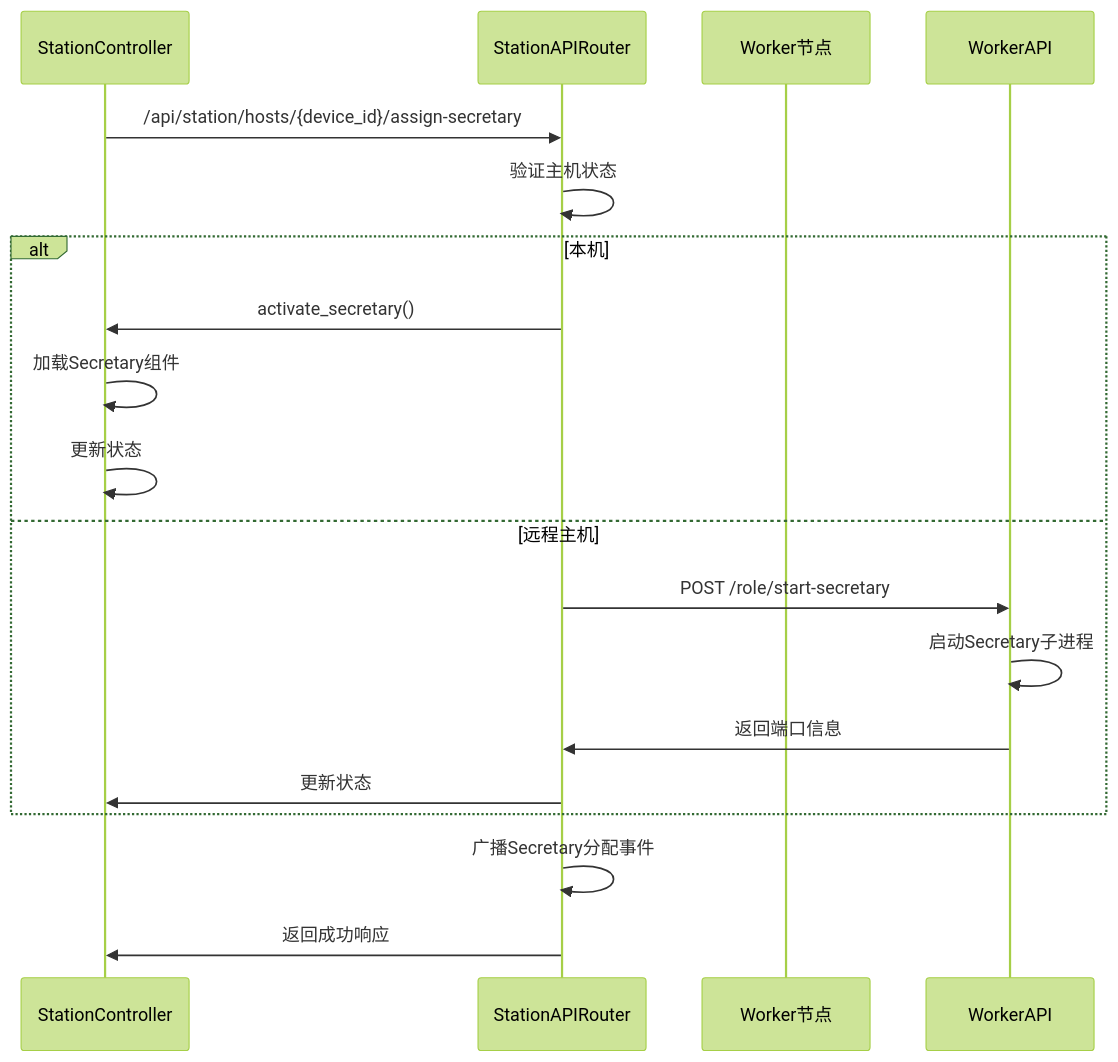
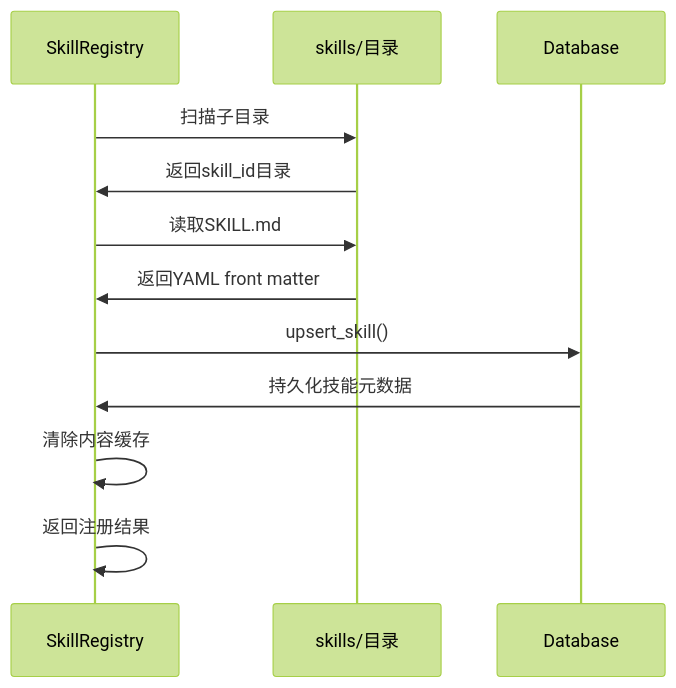
Before and after one commit to targalian/Personal-distributed-workstation: the eighth of 16 diagrams in .qoder/repowiki/zh/content/核心模块/工作站管理模块.md, drawn with Mermaid (forest theme). The commit also changed other lines of this file and 92 other files, not shown here.

````diff
--- a/.qoder/repowiki/zh/content/核心模块/工作站管理模块.md
+++ b/.qoder/repowiki/zh/content/核心模块/工作站管理模块.md
@@ -409,21 +473,14 @@
 ```mermaid
 sequenceDiagram
-participant SC as StationController
-participant SA as StationAPIRouter
-participant W as Worker节点
-participant WS as WorkerAPI
-SC->>SA : /api/station/hosts/{device_id}/assign-secretary
-SA->>SA : 验证主机状态
-alt 本机
-SA->>SC : activate_secretary()
-SC->>SC : 加载Secretary组件
-SC->>SC : 更新状态
-else 远程主机
-SA->>WS : POST /role/start-secretary
-WS->>WS : 启动Secretary子进程
-WS->>SA : 返回端口信息
-SA->>SC : 更新状态
-end
-SA->>SA : 广播Secretary分配事件
-SA->>SC : 返回成功响应
+participant SR as SkillRegistry
+participant FS as skills/目录
+participant DB as Database
+SR->>FS : 扫描子目录
+FS->>SR : 返回skill_id目录
+SR->>FS : 读取SKILL.md
+FS->>SR : 返回YAML front matter
+SR->>DB : upsert_skill()
+DB->>SR : 持久化技能元数据
+SR->>SR : 清除内容缓存
+SR->>SR : 返回注册结果
 ```
````
